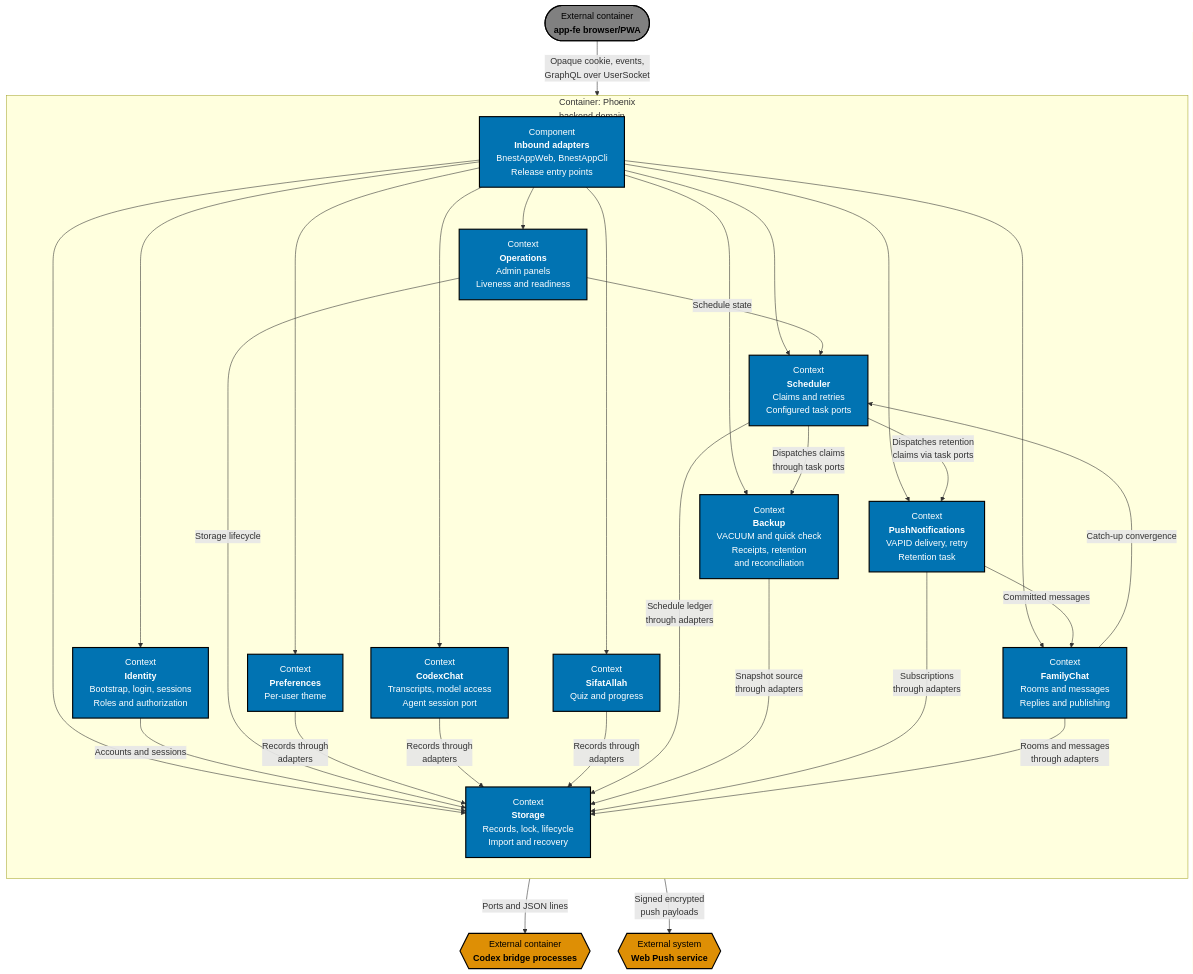
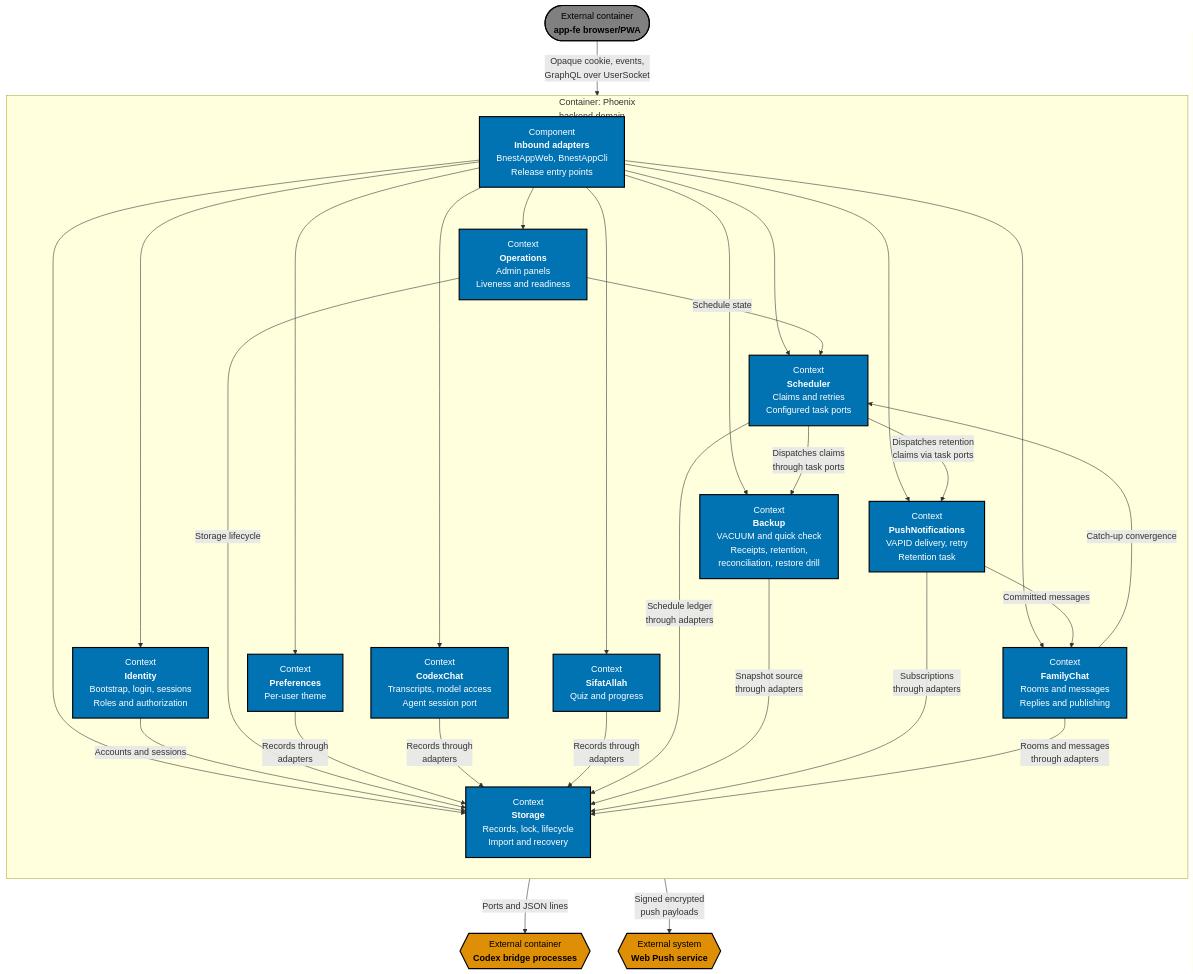
Before and after one commit to wahidyankf/beaver-nest: the fourth of 4 diagrams in specs/apps/bnest/app-be/architecture.md, drawn with Mermaid. The commit also changed other lines of this file and 5 other files, not shown here.

First line of the commit message:
test(backup): specify and bind the restore drill scenarios

````diff
--- a/specs/apps/bnest/app-be/architecture.md
+++ b/specs/apps/bnest/app-be/architecture.md
@@ -142,61 +142,61 @@
 ```mermaid
 flowchart TB
     accTitle: Component View
-    accDescr: Flowchart with 14 nodes and 27 connections. Nodes: External container app-fe browser/PWA, External container Codex bridge processes, External system Web Push service, Component Inbound adapters BnestAppWeb, BnestAppCli Release entry points, Context Identity Bootstrap, login, sessions Roles and authorization, Context Preferences Per-user theme, Context Storage Records, lock, lifecycle Import and recovery, Context Operations Admin panels Liveness and readiness, Context Scheduler Claims and retries Configured task ports, Context Backup VACUUM and quick check Receipts, retention and reconciliation, Context CodexChat Transcripts, model access Agent session port, Context SifatAllah Quiz and progress, Context FamilyChat Rooms and messages Replies and publishing, and 1 more. Connections: app-fe to Inbound adapters (Opaque cookie, events, GraphQL over UserSocket), Inbound adapters to each of the ten context facades, Identity to Storage (Accounts and sessions), Operations to Scheduler and Storage, FamilyChat to Scheduler (Catch-up convergence), PushNotifications to FamilyChat (Committed messages), Scheduler to Backup and PushNotifications (Dispatches claims through task ports), Preferences, CodexChat, SifatAllah, Scheduler, Backup, PushNotifications and FamilyChat to Storage (Records through adapters), CodexChat to Codex bridge processes (Ports and JSON lines), and PushNotifications to Web Push service (Signed encrypted push payloads).
+    accDescr: Flowchart with 14 nodes and 27 connections. Nodes: External container app-fe browser/PWA, External container Codex bridge processes, External system Web Push service, Component Inbound adapters BnestAppWeb, BnestAppCli Release entry points, Context Identity Bootstrap, login, sessions Roles and authorization, Context Preferences Per-user theme, Context Storage Records, lock, lifecycle Import and recovery, Context Operations Admin panels Liveness and readiness, Context Scheduler Claims and retries Configured task ports, Context Backup VACUUM and quick check Receipts, retention, reconciliation, restore drill, Context CodexChat Transcripts, model access Agent session port, Context SifatAllah Quiz and progress, Context FamilyChat Rooms and messages Replies and publishing, and 1 more. Connections: app-fe to Inbound adapters (Opaque cookie, events, GraphQL over UserSocket), Inbound adapters to each of the ten context facades, Identity to Storage (Accounts and sessions), Operations to Scheduler and Storage, FamilyChat to Scheduler (Catch-up convergence), PushNotifications to FamilyChat (Committed messages), Scheduler to Backup and PushNotifications (Dispatches claims through task ports), Preferences, CodexChat, SifatAllah, Scheduler, Backup, PushNotifications and FamilyChat to Storage (Records through adapters), CodexChat to Codex bridge processes (Ports and JSON lines), and PushNotifications to Web Push service (Signed encrypted push payloads).
     frontend(["External container<br/><b>app-fe browser/PWA</b>"])
     bridge{{"External container<br/><b>Codex bridge processes</b>"}}
     webpush{{"External system<br/><b>Web Push service</b>"}}
 
     subgraph phoenix["Container: Phoenix<br/>backend domain"]
         direction TB
 
         inbound["Component<br/><b>Inbound adapters</b><br/>BnestAppWeb, BnestAppCli<br/>Release entry points"]
         identity["Context<br/><b>Identity</b><br/>Bootstrap, login, sessions<br/>Roles and authorization"]
         preferences["Context<br/><b>Preferences</b><br/>Per-user theme"]
         storage["Context<br/><b>Storage</b><br/>Records, lock, lifecycle<br/>Import and recovery"]
         operations["Context<br/><b>Operations</b><br/>Admin panels<br/>Liveness and readiness"]
         scheduler["Context<br/><b>Scheduler</b><br/>Claims and retries<br/>Configured task ports"]
-        backup["Context<br/><b>Backup</b><br/>VACUUM and quick check<br/>Receipts, retention<br/>and reconciliation"]
+        backup["Context<br/><b>Backup</b><br/>VACUUM and quick check<br/>Receipts, retention,<br/>reconciliation, restore drill"]
         codexchat["Context<br/><b>CodexChat</b><br/>Transcripts, model access<br/>Agent session port"]
         sifatallah["Context<br/><b>SifatAllah</b><br/>Quiz and progress"]
         familychat["Context<br/><b>FamilyChat</b><br/>Rooms and messages<br/>Replies and publishing"]
         push["Context<br/><b>PushNotifications</b><br/>VAPID delivery, retry<br/>Retention task"]
 
         inbound --> identity
         inbound --> preferences
         inbound --> storage
         inbound --> operations
         inbound --> scheduler
         inbound --> backup
         inbound --> codexchat
         inbound --> sifatallah
         inbound --> familychat
         inbound --> push
         identity -->|Accounts and sessions| storage
         operations -->|Schedule state| scheduler
         operations -->|Storage lifecycle| storage
         familychat -->|Catch-up convergence| scheduler
         push -->|Committed messages| familychat
         scheduler -->|Dispatches claims<br/>through task ports| backup
         scheduler -->|Dispatches retention<br/>claims via task ports| push
         preferences -->|Records through<br/>adapters| storage
         codexchat -->|Records through<br/>adapters| storage
         sifatallah -->|Records through<br/>adapters| storage
         scheduler -->|Schedule ledger<br/>through adapters| storage
         backup -->|Snapshot source<br/>through adapters| storage
         push -->|Subscriptions<br/>through adapters| storage
         familychat -->|Rooms and messages<br/>through adapters| storage
     end
 
     frontend -->|Opaque cookie, events,<br/>GraphQL over UserSocket| inbound
     codexchat -->|Ports and JSON lines| bridge
     push -->|Signed encrypted<br/>push payloads| webpush
 
     classDef external fill:#808080,stroke:#000000,color:#000000,stroke-width:2px
     classDef component fill:#0173B2,stroke:#000000,color:#FFFFFF,stroke-width:2px
     classDef process fill:#DE8F05,stroke:#000000,color:#000000,stroke-width:2px
     class frontend external
     class inbound,identity,preferences,storage,operations,scheduler,backup,codexchat,sifatallah,familychat,push component
     class bridge,webpush process
     classDef default fill:#FFFFFF,stroke:#000000,color:#000000
 ```
````
